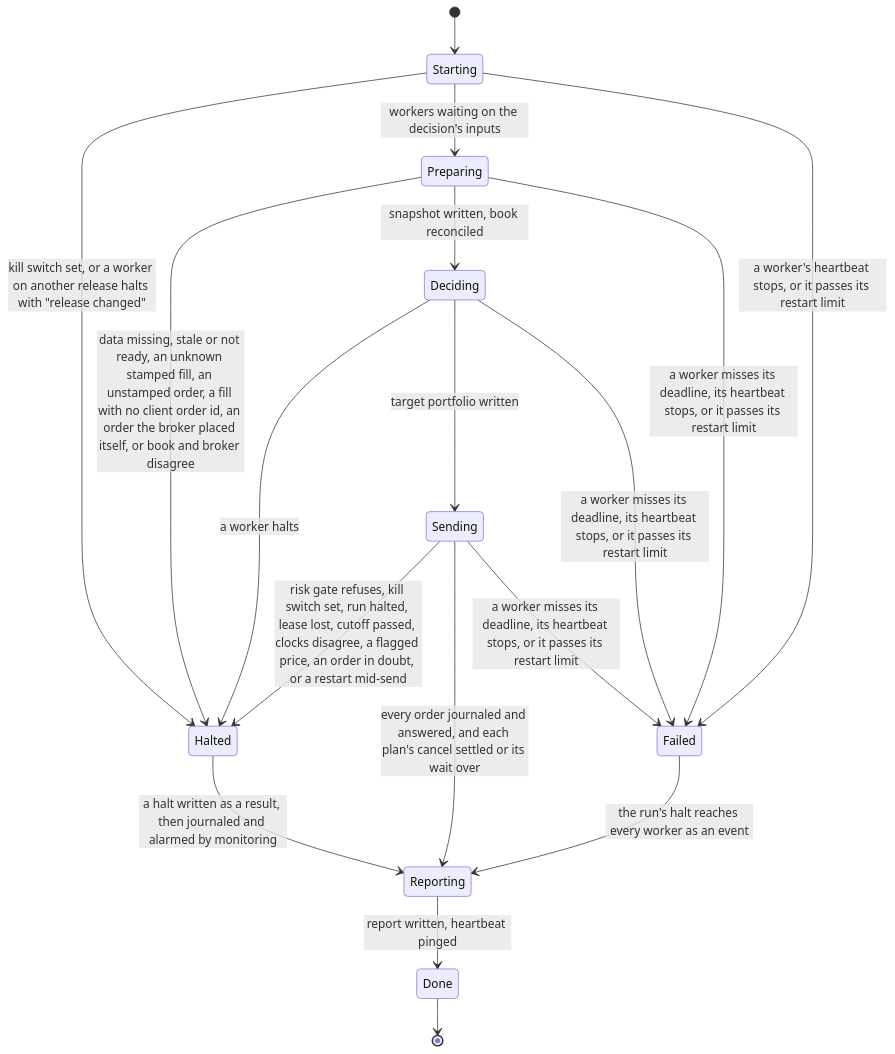
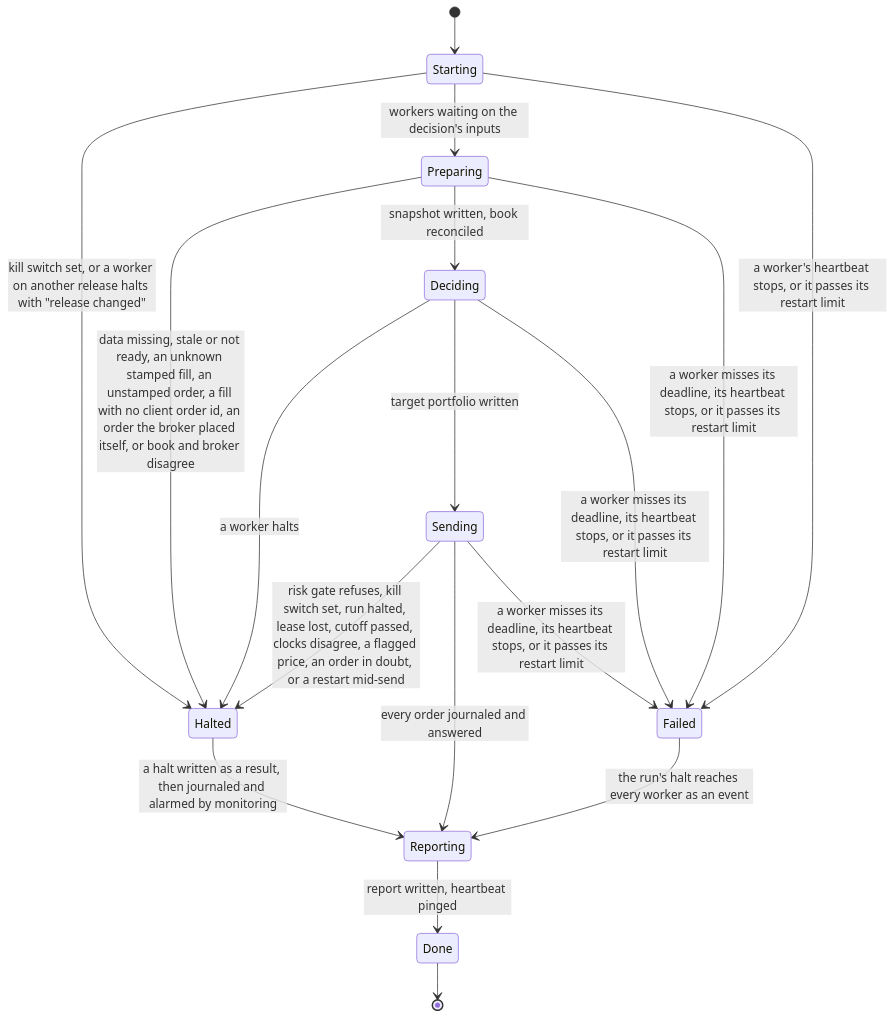
Before and after one commit to l3a0/ithildin-runtime: diagram 13 of 16 in docs/architecture.md, drawn with Mermaid. The commit also changed other lines of this file and 1 other file, not shown here.

First line of the commit message:
docs: defer a plan cancel's resend rather than build a wait for it

````diff
--- a/docs/architecture.md
+++ b/docs/architecture.md
@@ -1714,20 +1707,20 @@
 ```mermaid
 stateDiagram-v2
     [*] --> Starting
     Starting --> Halted: kill switch set, or a worker on another release halts with "release changed"
     Starting --> Preparing: workers waiting on the decision's inputs
     Preparing --> Halted: data missing, stale or not ready, an unknown stamped fill, an unstamped order, a fill with no client order id, an order the broker placed itself, or book and broker disagree
     Preparing --> Deciding: snapshot written, book reconciled
     Deciding --> Halted: a worker halts
     Deciding --> Sending: target portfolio written
     Sending --> Halted: risk gate refuses, kill switch set, run halted, lease lost, cutoff passed, clocks disagree, a flagged price, an order in doubt, or a restart mid-send
-    Sending --> Reporting: every order journaled and answered, and each plan's cancel settled or its wait over
+    Sending --> Reporting: every order journaled and answered
     Halted --> Reporting: a halt written as a result, then journaled and alarmed by monitoring
     Reporting --> Done: report written, heartbeat pinged
     Done --> [*]
     Starting --> Failed: a worker's heartbeat stops, or it passes its restart limit
     Preparing --> Failed: a worker misses its deadline, its heartbeat stops, or it passes its restart limit
     Deciding --> Failed: a worker misses its deadline, its heartbeat stops, or it passes its restart limit
     Sending --> Failed: a worker misses its deadline, its heartbeat stops, or it passes its restart limit
     Failed --> Reporting: the run's halt reaches every worker as an event
 ```
````
